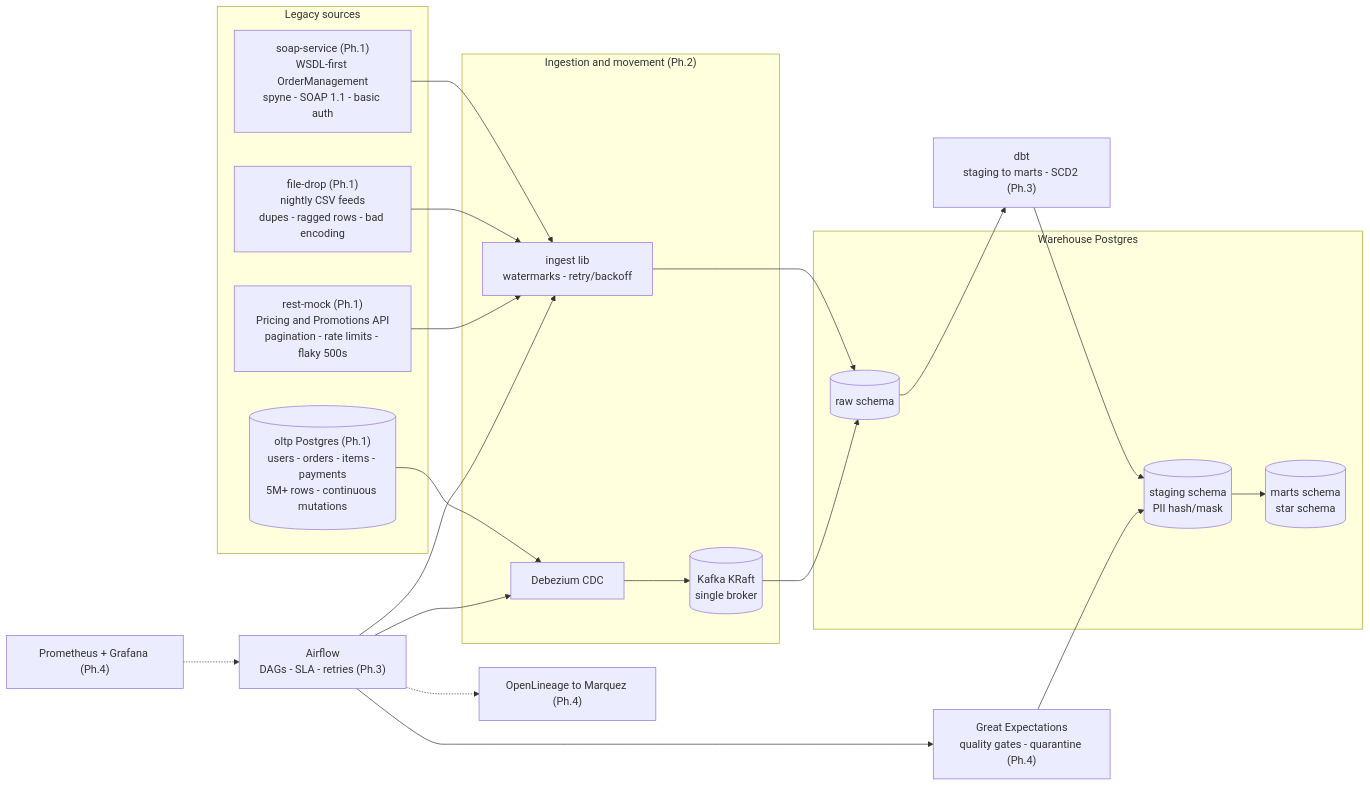
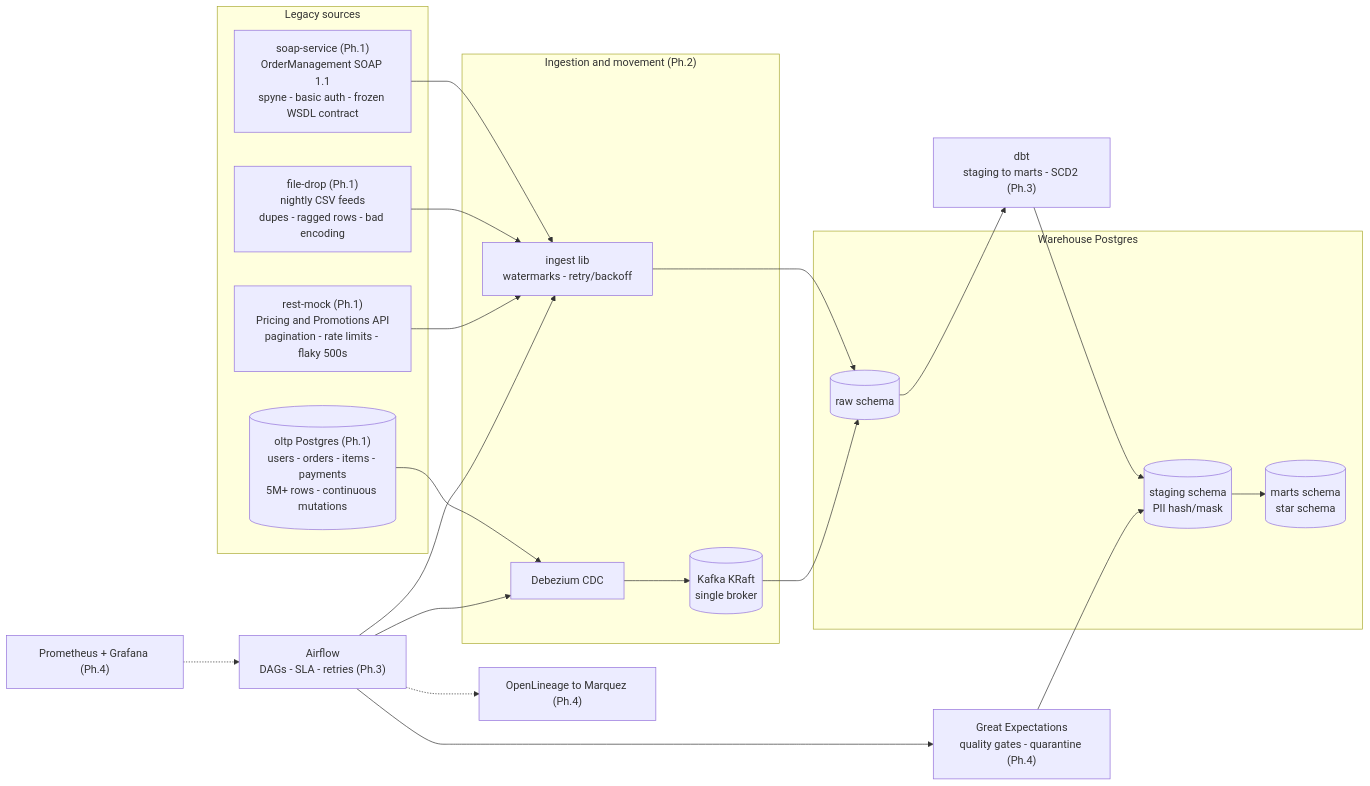
One commit to xenoaitham/helios changed the diagram in README.md. Above: the diagram before and after it, drawn with Mermaid. The commit also changed other lines of this file and 28 other files, not shown here.

First line of the commit message:
feat(soap): WSDL-contract OrderManagement SOAP 1.1 service (spyne, basic auth, 3y seed, zeep smoke client)

````diff
--- a/README.md
+++ b/README.md
@@ -56,40 +57,40 @@
 ```mermaid
 flowchart LR
     subgraph SRC["Legacy sources"]
-        SOAP["soap-service (Ph.1)<br/>WSDL-first OrderManagement<br/>spyne - SOAP 1.1 - basic auth"]
+        SOAP["soap-service (Ph.1)<br/>OrderManagement SOAP 1.1<br/>spyne - basic auth - frozen WSDL contract"]
         FF["file-drop (Ph.1)<br/>nightly CSV feeds<br/>dupes - ragged rows - bad encoding"]
         REST["rest-mock (Ph.1)<br/>Pricing and Promotions API<br/>pagination - rate limits - flaky 500s"]
         OLTP[("oltp Postgres (Ph.1)<br/>users - orders - items - payments<br/>5M+ rows - continuous mutations")]
     end
 
     subgraph MOVE["Ingestion and movement (Ph.2)"]
         DEB["Debezium CDC"]
         KAFKA[("Kafka KRaft<br/>single broker")]
         ING["ingest lib<br/>watermarks - retry/backoff"]
     end
 
     subgraph WH["Warehouse Postgres"]
         RAW[("raw schema")]
         STG[("staging schema<br/>PII hash/mask")]
         MART[("marts schema<br/>star schema")]
     end
 
     ORCH["Airflow<br/>DAGs - SLA - retries (Ph.3)"]
     DBT["dbt<br/>staging to marts - SCD2 (Ph.3)"]
     GE["Great Expectations<br/>quality gates - quarantine (Ph.4)"]
     LIN["OpenLineage to Marquez (Ph.4)"]
     PROM["Prometheus + Grafana (Ph.4)"]
 
     SOAP --> ING
     FF --> ING
     REST --> ING
     ING --> RAW
     OLTP --> DEB --> KAFKA --> RAW
     ORCH --> ING
     ORCH --> DEB
     RAW --> DBT --> STG --> MART
     GE --> STG
     ORCH --> GE
     ORCH -.-> LIN
     PROM -.-> ORCH
 ```
````
